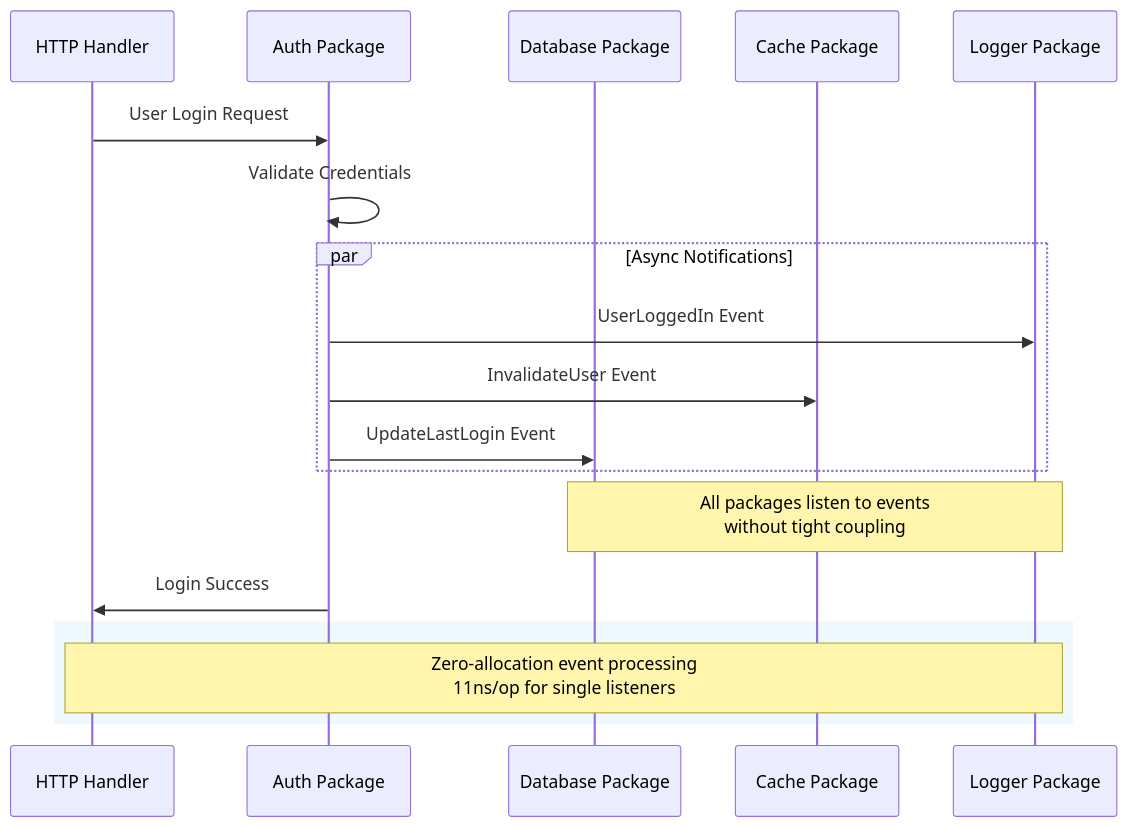
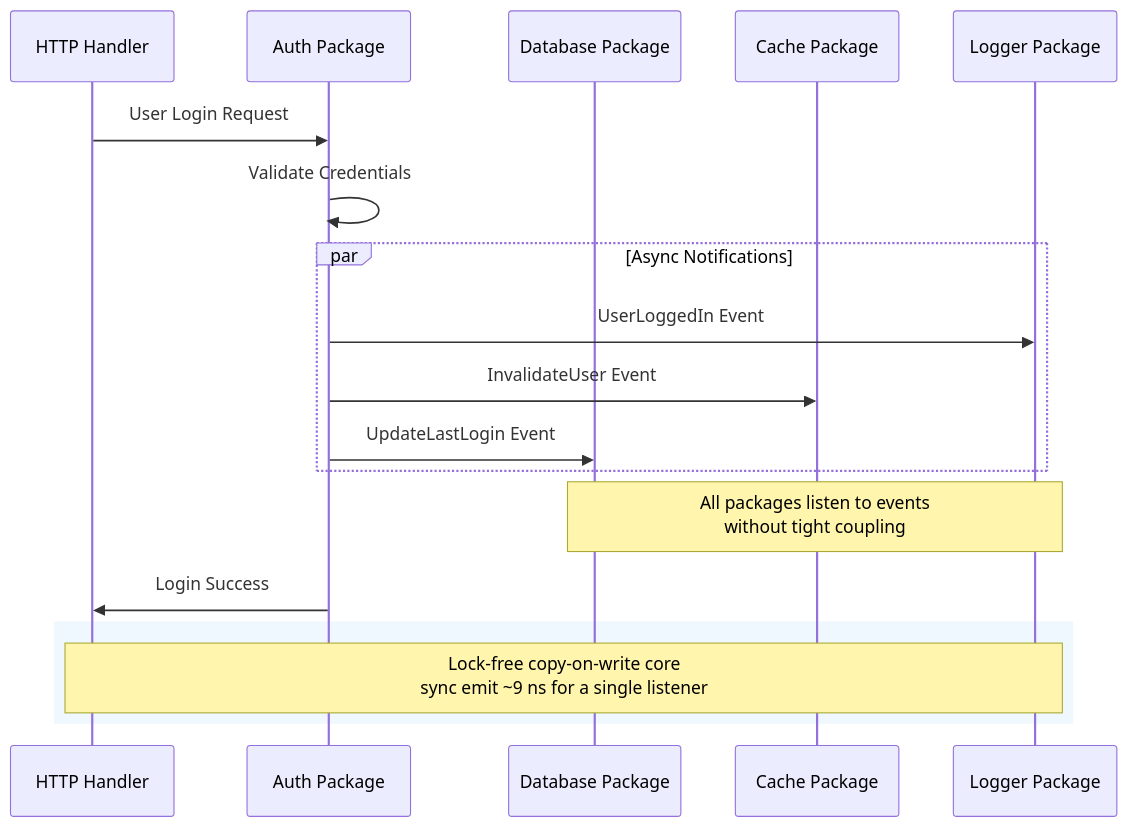
One commit to maniartech/signals changed the diagram in docs/introduction.md. Above: the diagram before and after it, drawn with Mermaid. The commit also changed other lines of this file and 9 other files, not shown here.

````diff
--- a/docs/introduction.md
+++ b/docs/introduction.md
@@ -69,25 +90,25 @@
 ```mermaid
 sequenceDiagram
     participant HTTP as HTTP Handler
     participant Auth as Auth Package
     participant DB as Database Package
     participant Cache as Cache Package
     participant Logger as Logger Package
 
     HTTP->>Auth: User Login Request
     Auth->>Auth: Validate Credentials
 
     par Async Notifications
         Auth->>Logger: UserLoggedIn Event
         Auth->>Cache: InvalidateUser Event
         Auth->>DB: UpdateLastLogin Event
     end
 
     Note over Logger,DB: All packages listen to events<br/>without tight coupling
 
     Auth->>HTTP: Login Success
 
     rect rgb(240, 248, 255)
-        Note over HTTP,Logger: Zero-allocation event processing<br/>11ns/op for single listeners
+        Note over HTTP,Logger: Lock-free copy-on-write core<br/>sync emit ~9 ns for a single listener
     end
 ```
````
